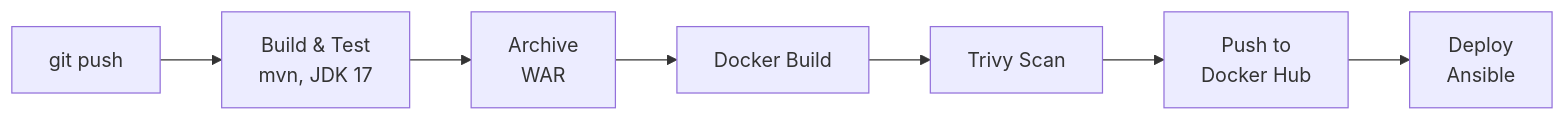
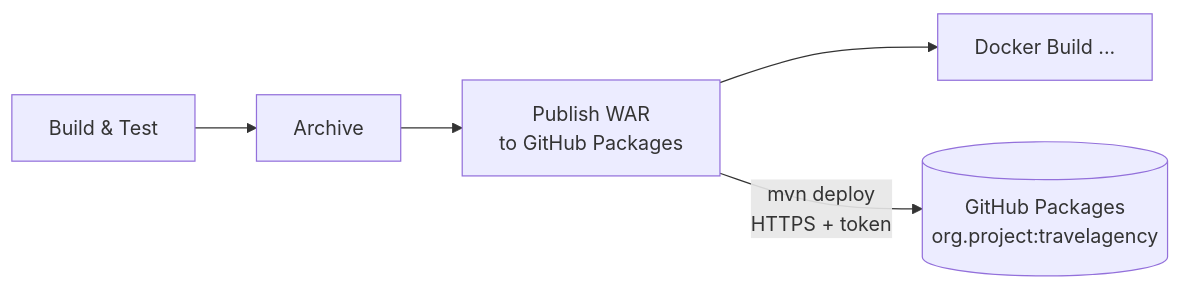
Before and after one commit to nazariybu/travelagency: the diagram in REPORT.md, drawn with Mermaid. The commit also changed other lines of this file and 2 other files, not shown here.

Commit message:
fix: update branch conditions for WAR publishing and Docker Hub push stages

````diff
--- a/REPORT.md
+++ b/REPORT.md
@@ -83,4 +27,5 @@
 ```mermaid
 flowchart LR
-    G["git push"] --> B["Build & Test<br/>mvn, JDK 17"] --> AR["Archive<br/>WAR"] --> DB2["Docker Build"] --> T["Trivy Scan"] --> P["Push to<br/>Docker Hub"] --> D["Deploy<br/>Ansible"]
+    B["Build & Test"] --> A["Archive"] --> P["Publish WAR<br/>to GitHub Packages"] --> D["Docker Build ..."]
+    P -->|"mvn deploy<br/>HTTPS + token"| GP[("GitHub Packages<br/>org.project:travelagency")]
 ```
````
